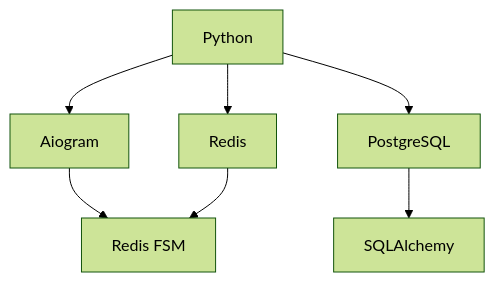
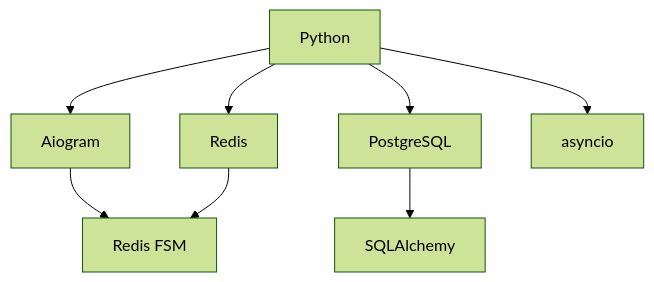
One commit to nihosprop/nihosprop changed the diagram in diagram.mmd. Above: the diagram before and after it, drawn with Mermaid (forest theme).

Commit message:
refactor(diagram): update

```diff
--- a/diagram.mmd
+++ b/diagram.mmd
@@ -1,7 +1,8 @@
 graph TB
     A[Python] --> B[Aiogram]
     B --> BA[Redis FSM]
     C --> BA[Redis FSM]
     A --> C[Redis]
     A --> D[PostgreSQL]
     D --> F[SQLAlchemy]
+    A --> E[asyncio]
```
